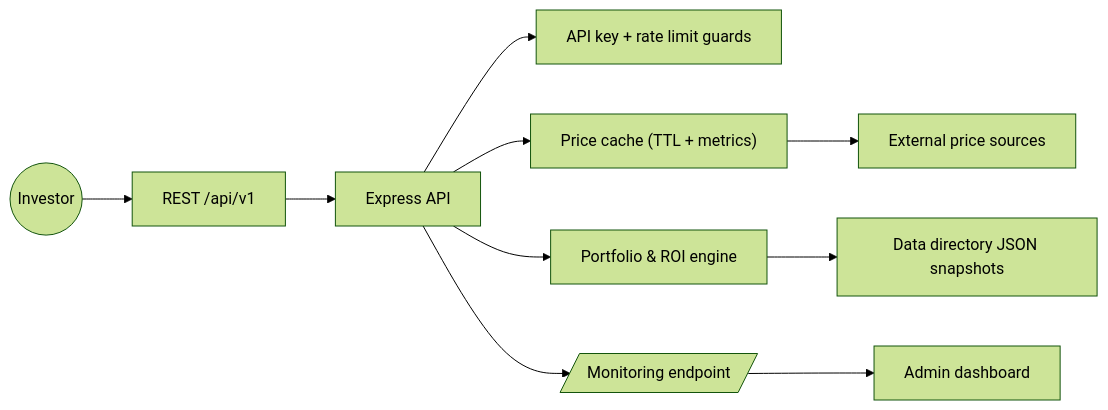
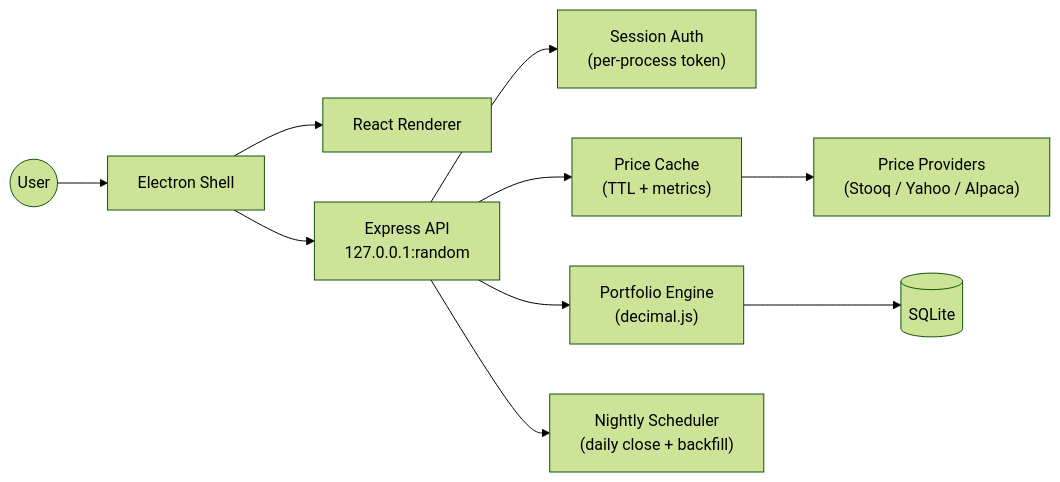
One commit to cortega26/portfolio-manager-server changed the diagram in README.md. Above: the diagram before and after it, drawn with Mermaid (forest theme). The commit also changed other lines of this file and 133 other files, not shown here.

````diff
--- a/README.md
+++ b/README.md
@@ -38,12 +22,12 @@
 ```mermaid
 flowchart LR
-  user((Investor)) --> ui[React SPA]
-  ui[REST /api/v1] --> api[Express API]
-  api --> auth["API key + rate limit guards"]
-  api --> cache["Price cache (TTL + metrics)"]
-  cache --> providers[External price sources]
-  api --> ledger[Portfolio & ROI engine]
-  ledger --> store[Data directory JSON snapshots]
-  api --> monitor[/Monitoring endpoint/]
-  monitor --> admin[Admin dashboard]
+  user((User)) --> electron[Electron Shell]
+  electron --> renderer[React Renderer]
+  electron --> express[Express API<br/>127.0.0.1:random]
+  express --> session["Session Auth<br/>(per-process token)"]
+  express --> cache["Price Cache<br/>(TTL + metrics)"]
+  cache --> providers["Price Providers<br/>(Stooq / Yahoo / Alpaca)"]
+  express --> engine["Portfolio Engine<br/>(decimal.js)"]
+  engine --> sqlite[(SQLite)]
+  express --> scheduler["Nightly Scheduler<br/>(daily close + backfill)"]
 ```
````
